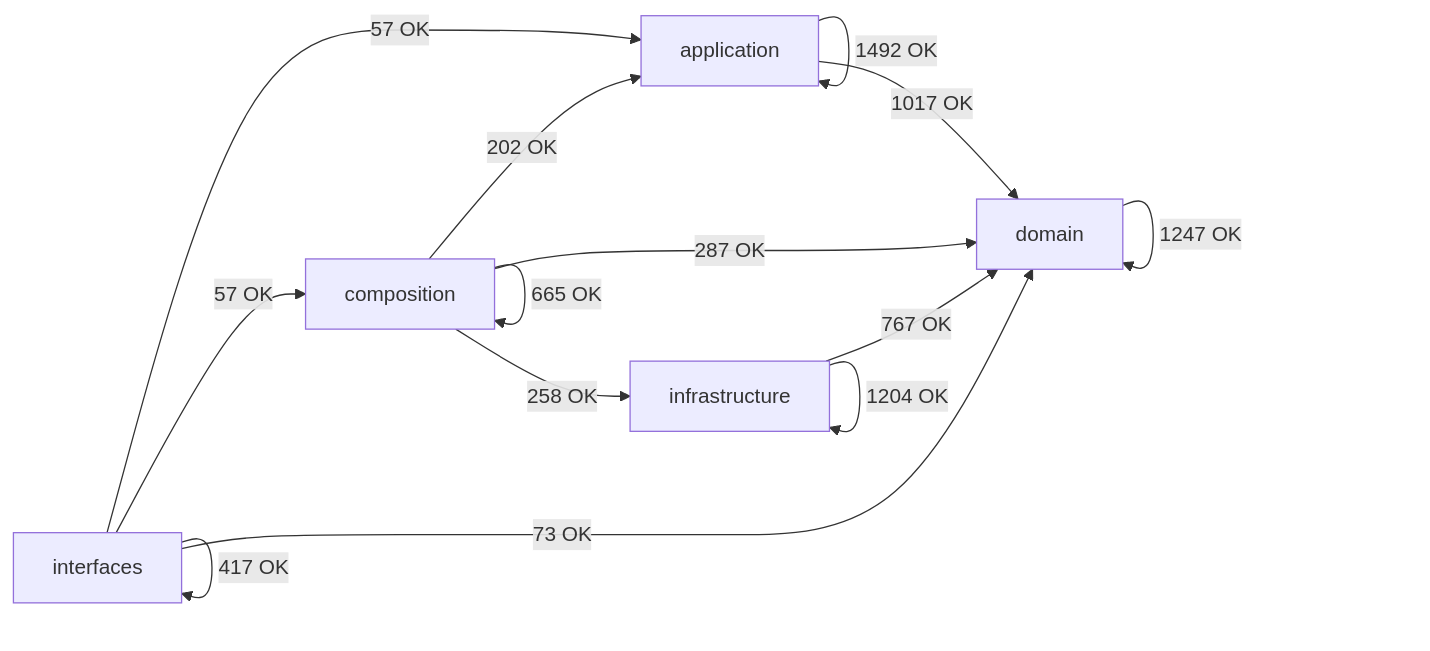
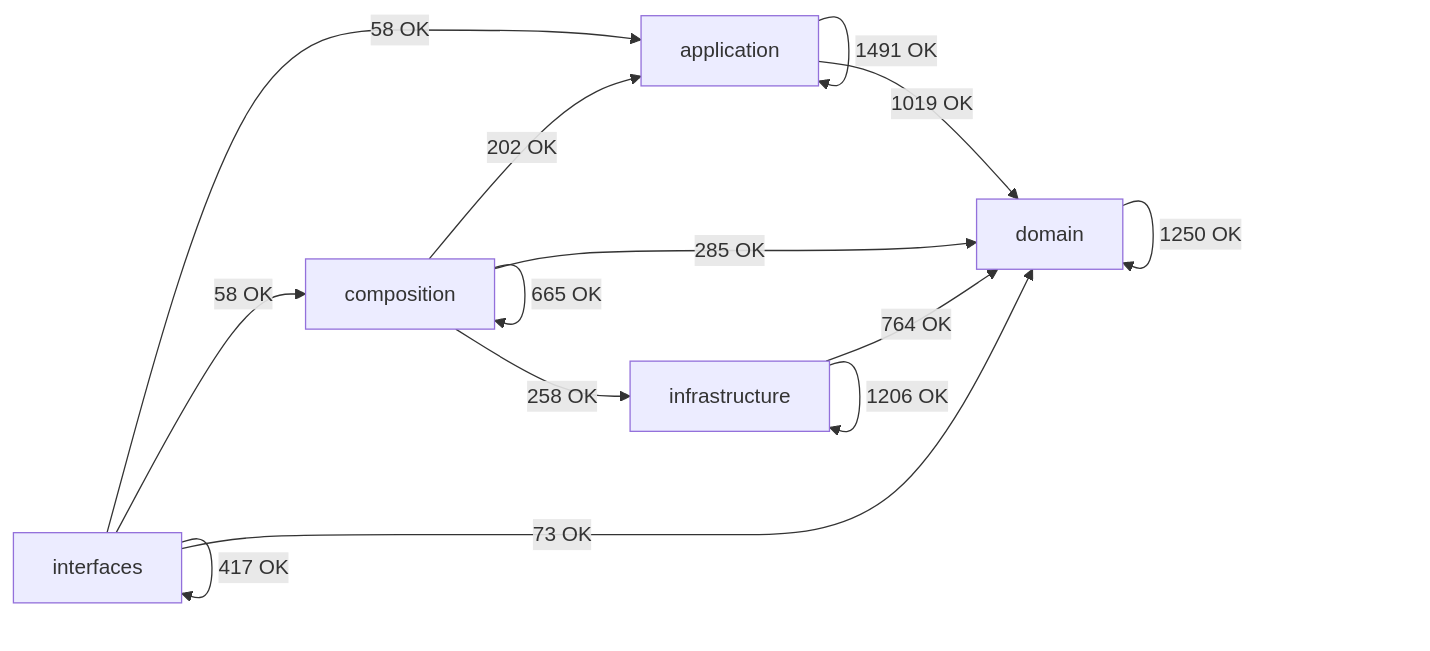
Before and after one commit to SatoryKono/BioactivityDataAcquisition: the diagram in docs/02-architecture/generated/module-dependency-map.md, drawn with Mermaid. The commit also changed other lines of this file and 96 other files, not shown here.

````diff
--- a/docs/02-architecture/generated/module-dependency-map.md
+++ b/docs/02-architecture/generated/module-dependency-map.md
@@ -17,21 +17,21 @@
 ```mermaid
 flowchart LR
     domain[domain]
     application[application]
     infrastructure[infrastructure]
     composition[composition]
     interfaces[interfaces]
-    application -->|1492 OK| application
-    application -->|1017 OK| domain
+    application -->|1491 OK| application
+    application -->|1019 OK| domain
     composition -->|202 OK| application
     composition -->|665 OK| composition
-    composition -->|287 OK| domain
+    composition -->|285 OK| domain
     composition -->|258 OK| infrastructure
-    domain -->|1247 OK| domain
-    infrastructure -->|767 OK| domain
-    infrastructure -->|1204 OK| infrastructure
-    interfaces -->|57 OK| application
-    interfaces -->|57 OK| composition
+    domain -->|1250 OK| domain
+    infrastructure -->|764 OK| domain
+    infrastructure -->|1206 OK| infrastructure
+    interfaces -->|58 OK| application
+    interfaces -->|58 OK| composition
     interfaces -->|73 OK| domain
     interfaces -->|417 OK| interfaces
 ```
````
